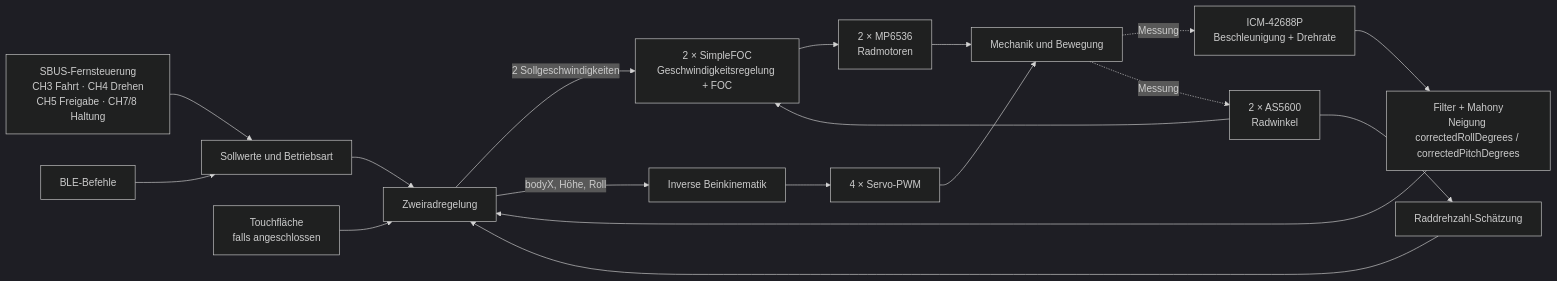
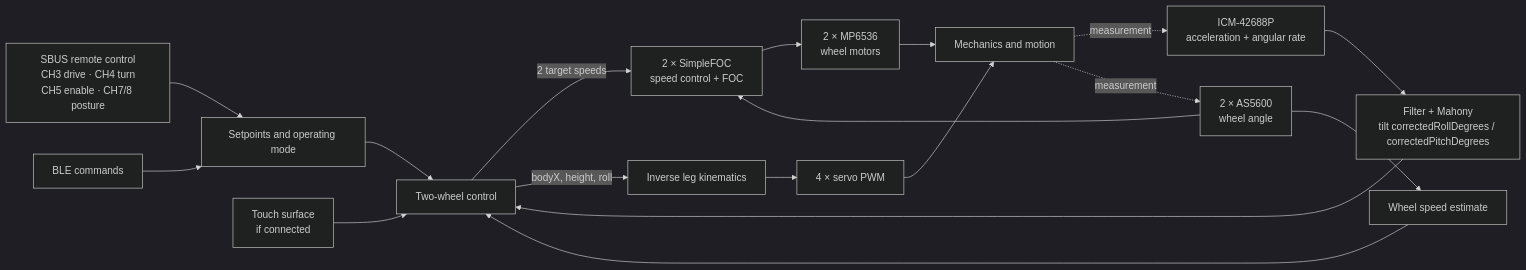
One commit to nikolasvoss/Navbot-ES02 changed the diagram in docs/robot/software/control-flow.md. Above: the diagram before and after it, drawn with Mermaid (dark theme). The commit also changed other lines of this file and 14 other files, not shown here.

````diff
--- a/docs/robot/software/control-flow.md
+++ b/docs/robot/software/control-flow.md
@@ -13,20 +13,20 @@
 ```mermaid
 flowchart LR
-    RC[SBUS-Fernsteuerung<br/>CH3 Fahrt · CH4 Drehen<br/>CH5 Freigabe · CH7/8 Haltung] --> CMD[Sollwerte und Betriebsart]
-    BLE[BLE-Befehle] --> CMD
-    IMU[ICM-42688P<br/>Beschleunigung + Drehrate] --> MAH[Filter + Mahony<br/>Neigung correctedRollDegrees / correctedPitchDegrees]
-    ENC[2 × AS5600<br/>Radwinkel] --> VEL[Raddrehzahl-Schätzung]
-    CMD --> CTRL[Zweiradregelung]
+    RC[SBUS remote control<br/>CH3 drive · CH4 turn<br/>CH5 enable · CH7/8 posture] --> CMD[Setpoints and operating mode]
+    BLE[BLE commands] --> CMD
+    IMU[ICM-42688P<br/>acceleration + angular rate] --> MAH[Filter + Mahony<br/>tilt correctedRollDegrees / correctedPitchDegrees]
+    ENC[2 × AS5600<br/>wheel angle] --> VEL[Wheel speed estimate]
+    CMD --> CTRL[Two-wheel control]
     MAH --> CTRL
     VEL --> CTRL
-    TOUCH[Touchfläche<br/>falls angeschlossen] --> CTRL
-    CTRL -->|2 Sollgeschwindigkeiten| FOC[2 × SimpleFOC<br/>Geschwindigkeitsregelung + FOC]
+    TOUCH[Touch surface<br/>if connected] --> CTRL
+    CTRL -->|2 target speeds| FOC[2 × SimpleFOC<br/>speed control + FOC]
     ENC --> FOC
-    FOC --> DRV[2 × MP6536<br/>Radmotoren]
-    CTRL -->|bodyX, Höhe, Roll| IK[Inverse Beinkinematik]
-    IK --> SERVO[4 × Servo-PWM]
-    DRV --> ROBOT[Mechanik und Bewegung]
+    FOC --> DRV[2 × MP6536<br/>wheel motors]
+    CTRL -->|bodyX, height, roll| IK[Inverse leg kinematics]
+    IK --> SERVO[4 × servo PWM]
+    DRV --> ROBOT[Mechanics and motion]
     SERVO --> ROBOT
-    ROBOT -. Messung .-> IMU
-    ROBOT -. Messung .-> ENC
+    ROBOT -. measurement .-> IMU
+    ROBOT -. measurement .-> ENC
 ```
````
